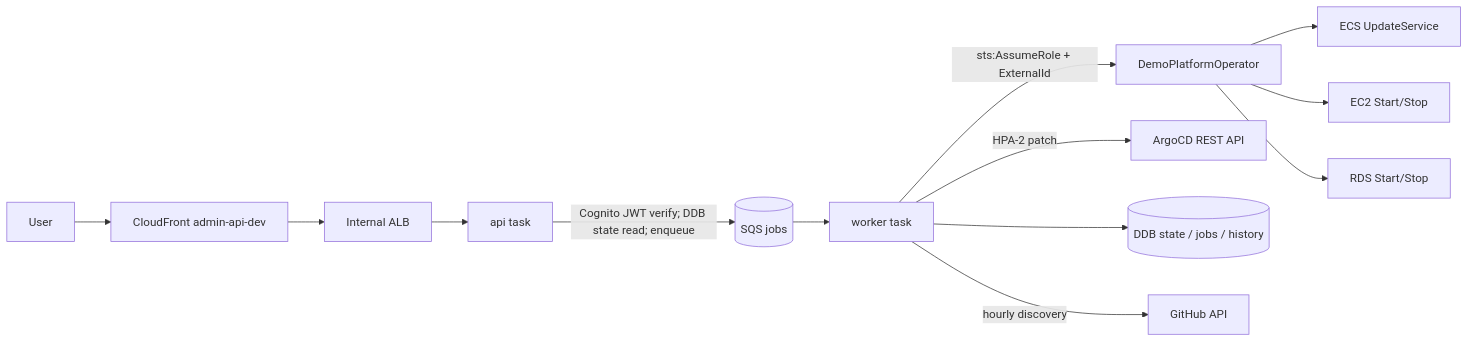
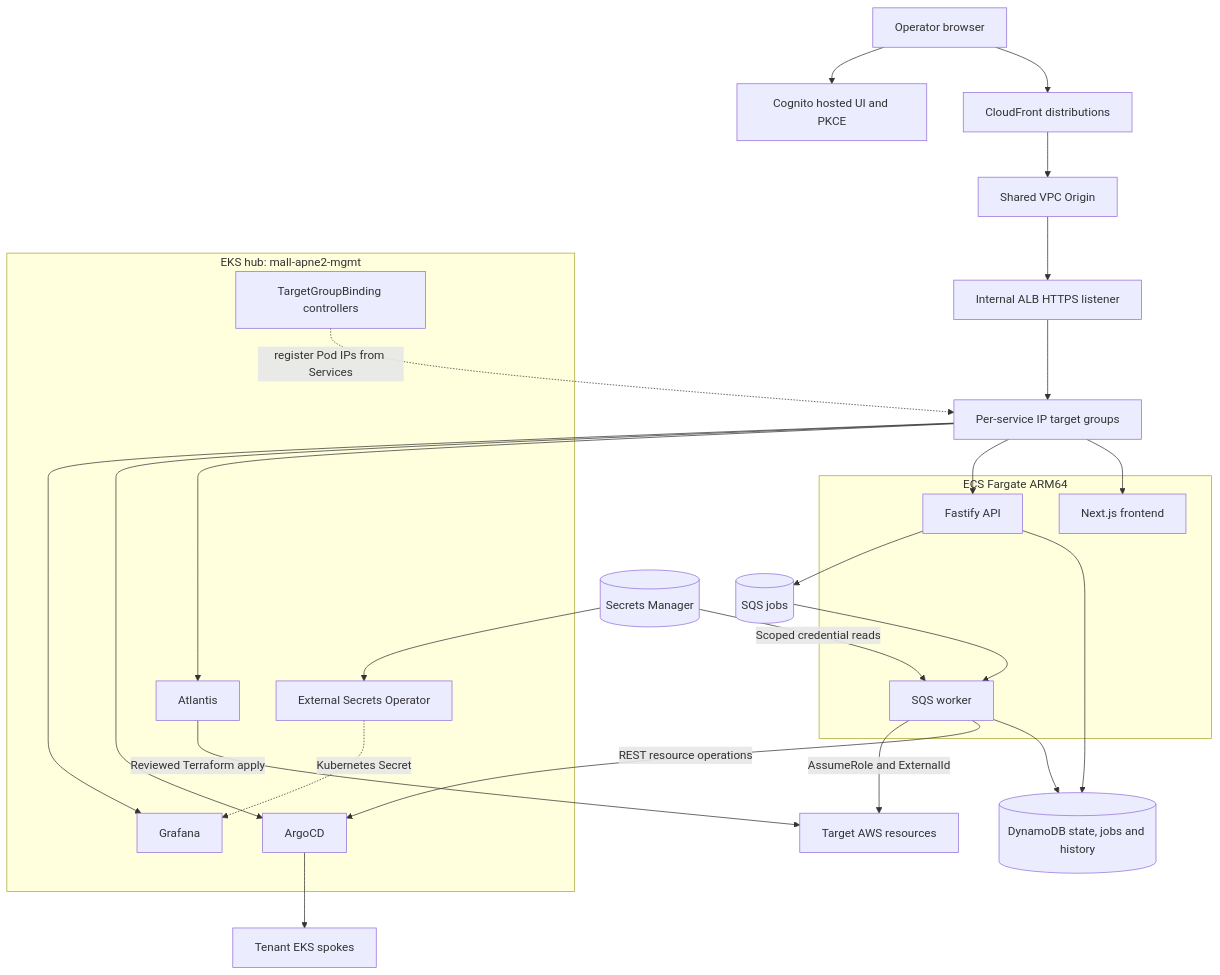
One commit to Atom-oh/AWS-Demo-Platform changed the diagram in docs/architecture.md. Above: the diagram before and after it, drawn with Mermaid. The commit also changed other lines of this file and 19 other files, not shown here.

````diff
--- a/docs/architecture.md
+++ b/docs/architecture.md
@@ -141,15 +58,39 @@
 ```mermaid
-flowchart LR
-  U[User] --> CF[CloudFront admin-api-dev]
-  CF --> ALB[Internal ALB]
-  ALB --> API[api task]
-  API -->|Cognito JWT verify; DDB state read; enqueue| Q[(SQS jobs)]
-  Q --> W[worker task]
-  W -->|sts:AssumeRole + ExternalId| OP[DemoPlatformOperator]
-  OP --> ECS[ECS UpdateService]
-  OP --> EC2[EC2 Start/Stop]
-  OP --> RDS[RDS Start/Stop]
-  W -->|HPA-2 patch| AG[ArgoCD REST API]
-  W --> DDB[(DDB state / jobs / history)]
-  W -->|hourly discovery| GH[GitHub API]
+flowchart TB
+  Browser[Operator browser] --> CF[CloudFront distributions]
+  Browser --> Cognito[Cognito hosted UI and PKCE]
+  CF --> VO[Shared VPC Origin]
+  VO --> ALB[Internal ALB HTTPS listener]
+  ALB --> TG[Per-service IP target groups]
+
+  subgraph ECS[ECS Fargate ARM64]
+    FE[Next.js frontend]
+    API[Fastify API]
+    Worker[SQS worker]
+  end
+  subgraph Hub[EKS hub: mall-apne2-mgmt]
+    Atlantis[Atlantis]
+    ArgoCD[ArgoCD]
+    Grafana[Grafana]
+    TGB[TargetGroupBinding controllers]
+    ESO[External Secrets Operator]
+  end
+
+  TG --> FE
+  TG --> API
+  TG --> Atlantis
+  TG --> ArgoCD
+  TG --> Grafana
+  TGB -. register Pod IPs from Services .-> TG
+  API --> DDB[(DynamoDB state, jobs and history)]
+  API --> SQS[(SQS jobs)]
+  SQS --> Worker
+  Worker --> DDB
+  Worker -->|REST resource operations| ArgoCD
+  Worker -->|AssumeRole and ExternalId| Accounts[Target AWS resources]
+  Atlantis -->|Reviewed Terraform apply| Accounts
+  ArgoCD --> Spokes[Tenant EKS spokes]
+  SM[(Secrets Manager)] --> ESO
+  SM -->|Scoped credential reads| Worker
+  ESO -. Kubernetes Secret .-> Grafana
 ```
````
